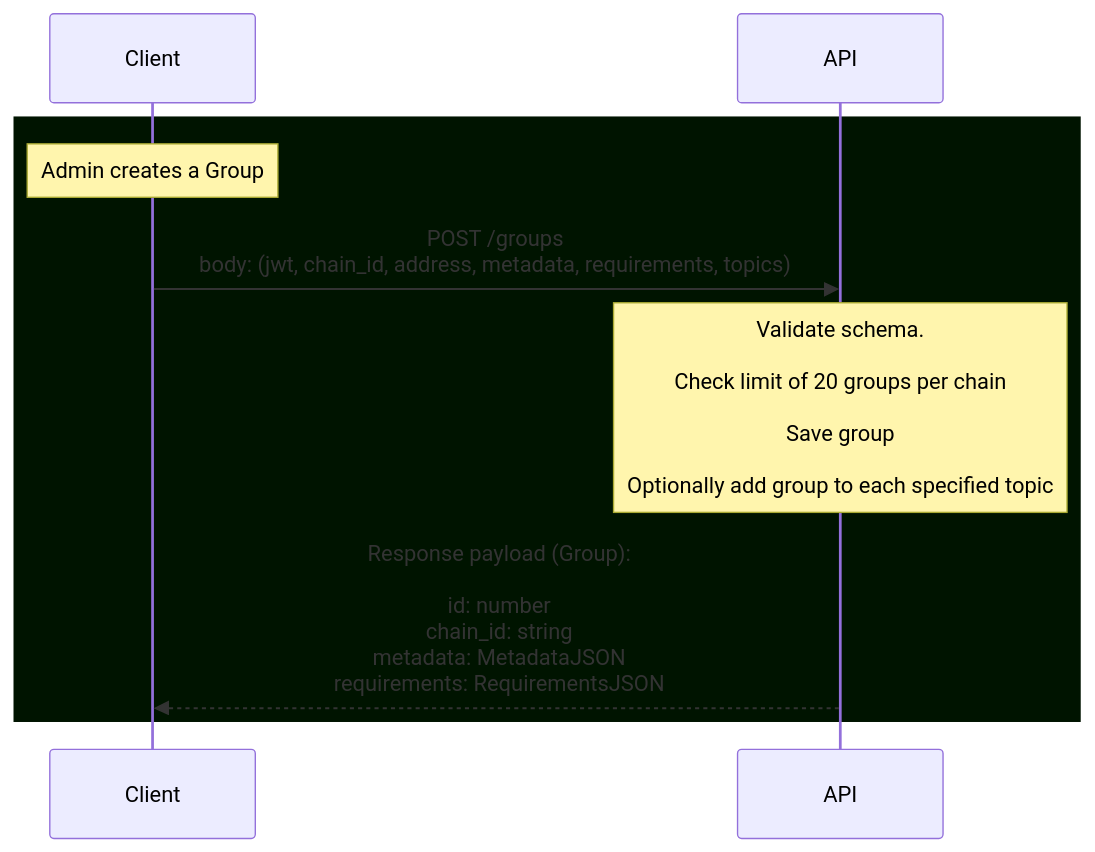
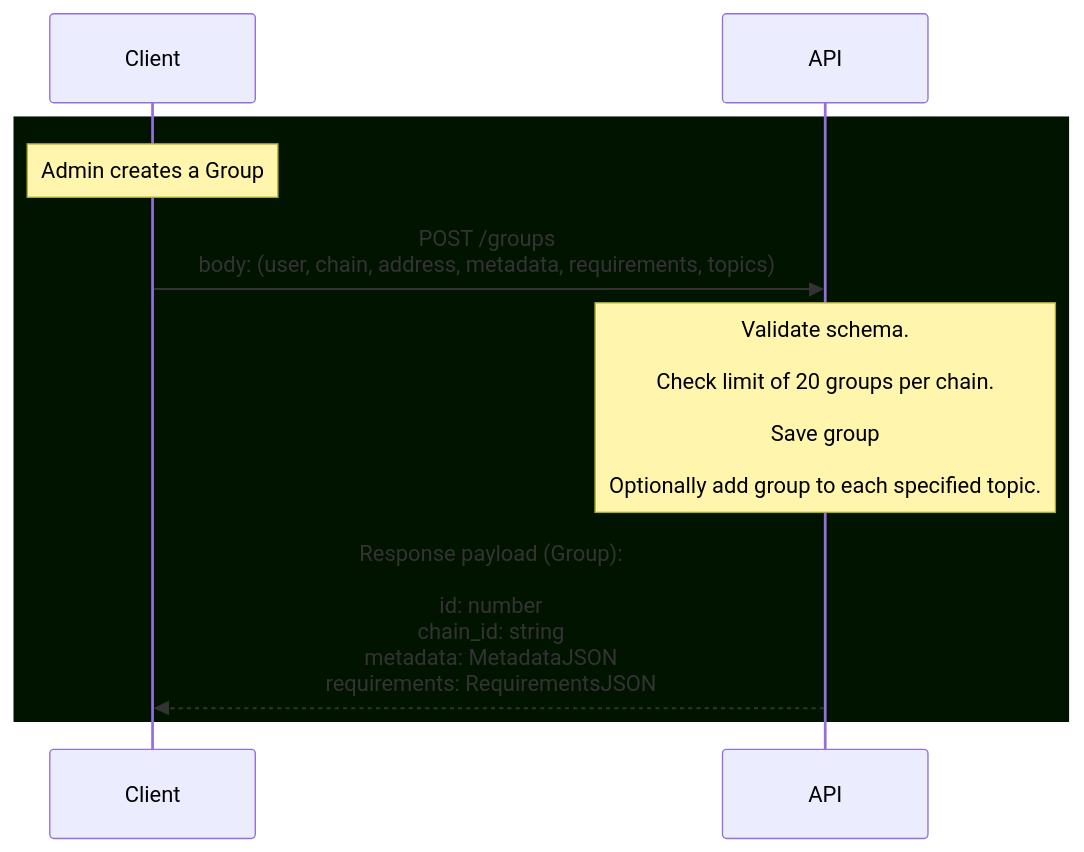
One commit to hicommonwealth/commonwealth changed the third of 5 diagrams in knowledge_base/Groups.md. Above: the diagram before and after it, drawn with Mermaid. The commit also changed other lines of this file, not shown here.

````diff
--- a/knowledge_base/Groups.md
+++ b/knowledge_base/Groups.md
@@ -56,15 +56,16 @@
 ```mermaid
 sequenceDiagram
 
   rect rgb(0, 20, 0)
 
   Note over Client: Admin creates a Group
 
-  Client->>API: POST /groups <br> body: (jwt, chain_id, address, metadata, requirements, topics)
 
-  Note over API: Validate schema. <br><br> Check limit of 20 groups per chain <br><br> Save group <br><br> Optionally add group to each specified topic
+  Client->>API: POST /groups <br> body: (user, chain, address, metadata, requirements, topics)
+
+  Note over API: Validate schema. <br><br> Check limit of 20 groups per chain. <br><br> Save group <br><br> Optionally add group to each specified topic.
 
   API-->>Client: Response payload (Group): <br><br> id: number <br> chain_id: string <br> metadata: MetadataJSON <br> requirements: RequirementsJSON
 
   end
 ```
````
